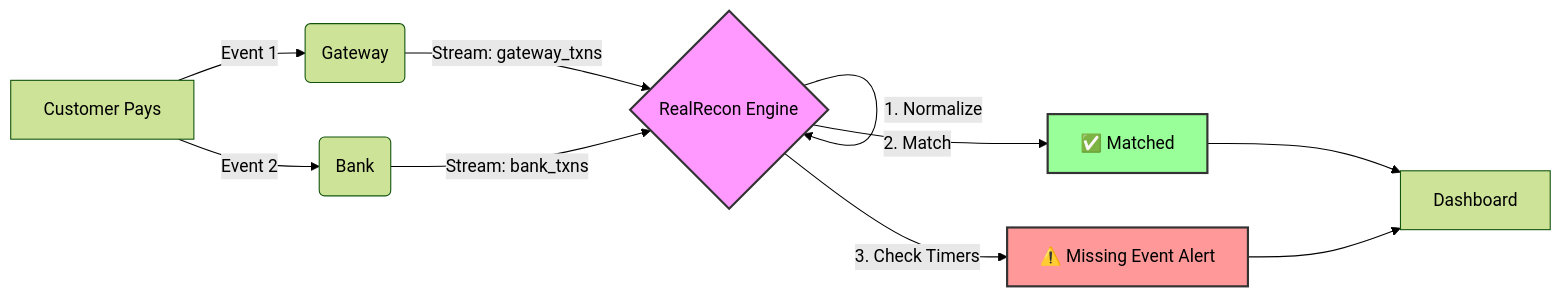
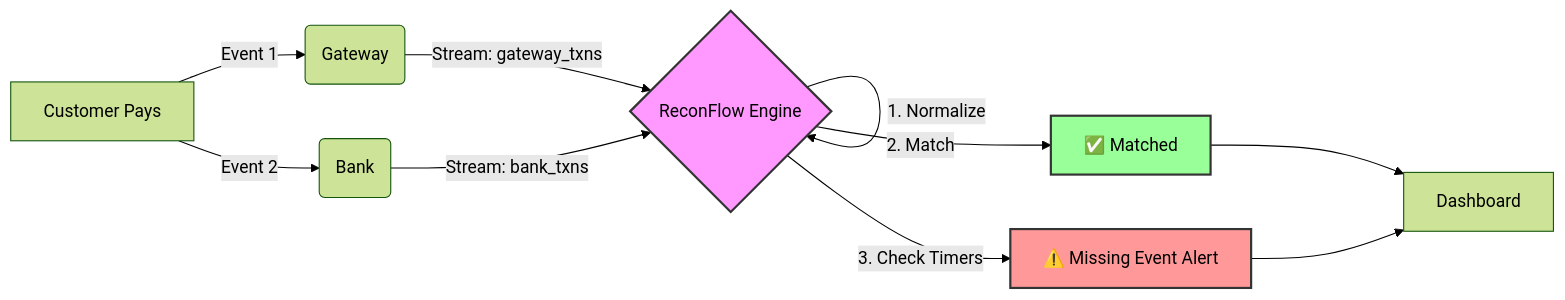
The first of 2 diagrams in Readme.md (aadii-chavan/ReconFlow), drawn with Mermaid (forest theme) before and after one commit. The commit also changed other lines of this file, not shown here.

Commit message:
Rename project to ReconFlow in README

````diff
--- a/Readme.md
+++ b/Readme.md
@@ -78,19 +78,19 @@
 ```mermaid
 graph LR
     A[Customer Pays] -->|Event 1| B(Gateway)
     A -->|Event 2| C(Bank)
     
-    B -->|Stream: gateway_txns| D{RealRecon Engine}
+    B -->|Stream: gateway_txns| D{ReconFlow Engine}
     C -->|Stream: bank_txns| D
     
     D -->|1. Normalize| D
     D -->|2. Match| E[✅ Matched]
     D -->|3. Check Timers| F[⚠️ Missing Event Alert]
     
     E --> G[Dashboard]
     F --> G
     
     style D fill:#f9f,stroke:#333,stroke-width:2px
     style E fill:#9f9,stroke:#333,stroke-width:2px
     style F fill:#f99,stroke:#333,stroke-width:2px
 ```
````
